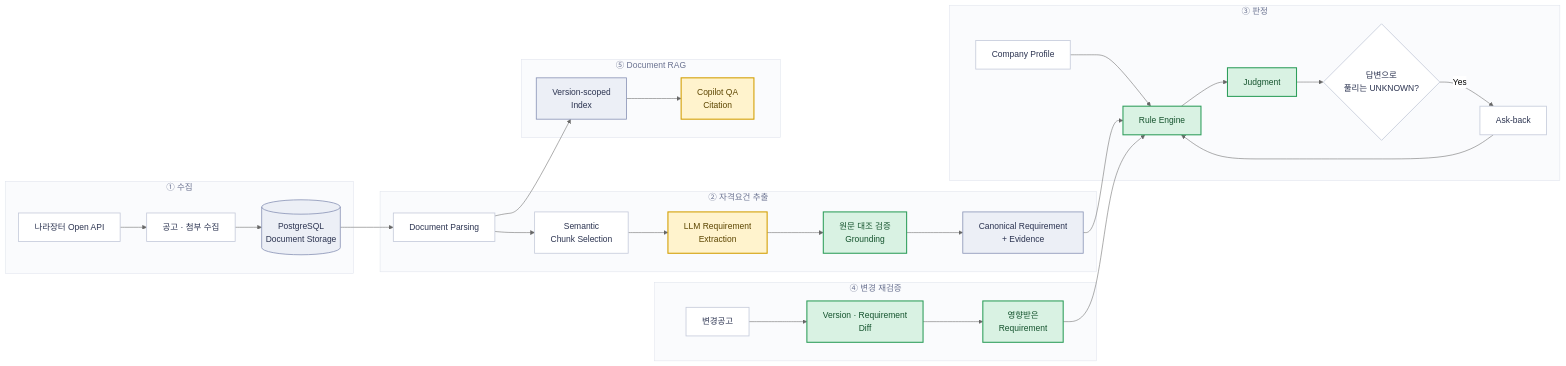
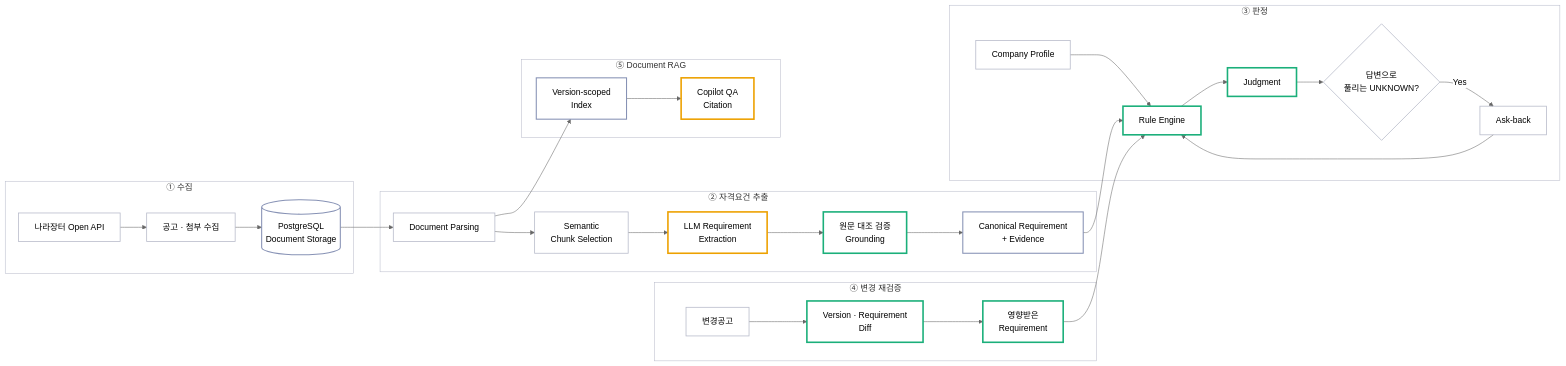
Before and after one commit to SKNETWORKS-FAMILY-AICAMP/SKN34-3rd-4Team: the seventh of 8 diagrams in README.md, drawn with Mermaid (neutral theme). The commit also changed other lines of this file and 6 other files, not shown here.

````diff
--- a/README.md
+++ b/README.md
@@ -502,46 +447,46 @@
 ```mermaid
 flowchart LR
     subgraph collect["① 수집"]
         A[나라장터 Open API] --> B[공고 · 첨부 수집]
         B --> C[(PostgreSQL<br/>Document Storage)]
     end
 
     subgraph extract["② 자격요건 추출"]
         D[Document Parsing] --> E[Semantic<br/>Chunk Selection]
         E --> F["LLM Requirement<br/>Extraction"]
         F --> G["원문 대조 검증<br/>Grounding"]
         G --> H[Canonical Requirement<br/>+ Evidence]
     end
 
     subgraph judge["③ 판정"]
         P[Company Profile] --> I[Rule Engine]
         I --> J[Judgment]
         J --> K{답변으로<br/>풀리는 UNKNOWN?}
         K -->|Yes| L[Ask-back] --> I
     end
 
     subgraph change["④ 변경 재검증"]
         M[변경공고] --> N[Version · Requirement<br/>Diff] --> O[영향받은<br/>Requirement]
     end
 
     subgraph rag["⑤ Document RAG"]
         R[Version-scoped<br/>Index] --> S["Copilot QA<br/>Citation"]
     end
 
     C --> D
     H --> I
     O --> I
     D --> R
 
-    classDef llm fill:#fff3cd,stroke:#d39e00,stroke-width:2px,color:#5c4500
-    classDef rule fill:#d9f2e3,stroke:#2e9e5b,stroke-width:2px,color:#14532d
-    classDef store fill:#eceff6,stroke:#8792b5,stroke-width:1.5px,color:#2b3350
-    classDef plain fill:#ffffff,stroke:#c4cada,stroke-width:1.5px,color:#2b3350
-    classDef zone fill:#fafbfd,stroke:#dfe3ec,stroke-width:1px,color:#6b7391
+    classDef llm fill:none,stroke:#eda100,stroke-width:3px
+    classDef rule fill:none,stroke:#1baf7a,stroke-width:3px
+    classDef store fill:none,stroke:#8792b5,stroke-width:2px
+    classDef plain fill:none,stroke:#b9bccb,stroke-width:1.5px
+    classDef zone fill:none,stroke:#b9bccb,stroke-width:1px
 
     class F,S llm
     class G,I,J,N,O rule
     class C,H,R store
     class A,B,D,E,P,K,L,M plain
     class collect,extract,judge,change,rag zone
 ```
````
